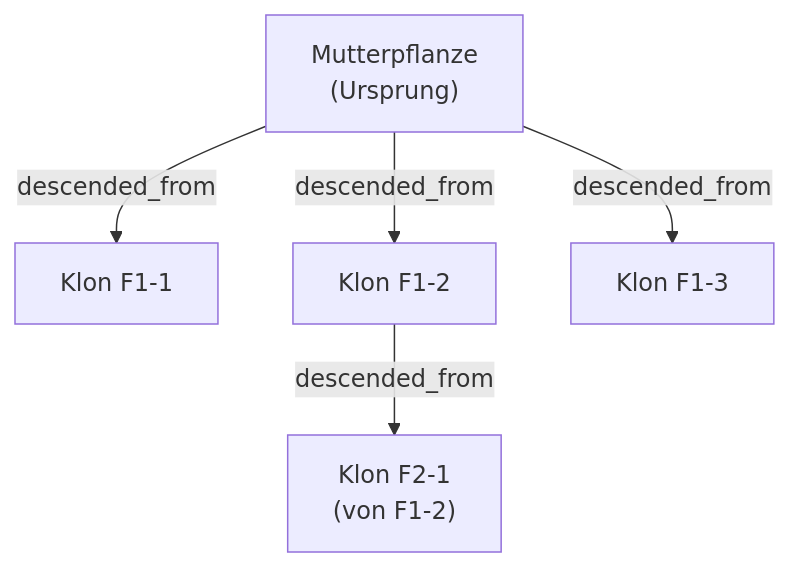
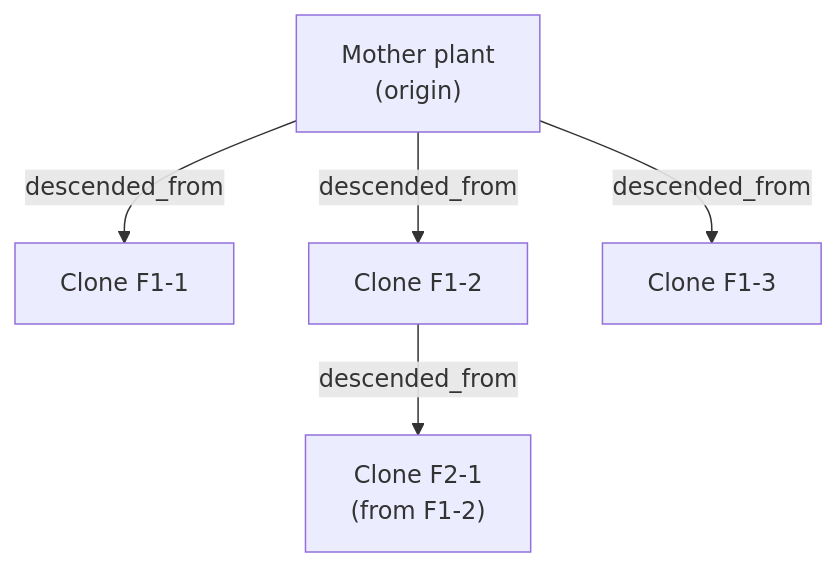
One commit to nolte/kamerplanter changed the second of 2 diagrams in docs/de/user-guide/propagation.md. Above: the diagram before and after it, drawn with Mermaid. The commit also changed other lines of this file and 44 other files, not shown here.

First line of the commit message:
docs: make all Mermaid diagrams spec-compliant (repo-wide sweep)

````diff
--- a/docs/de/user-guide/propagation.md
+++ b/docs/de/user-guide/propagation.md
@@ -131,12 +133,12 @@
 ```mermaid
-graph TB
-    M["Mutterpflanze\n(Ursprung)"]
-    K1["Klon F1-1"]
-    K2["Klon F1-2"]
-    K3["Klon F1-3"]
-    K2_1["Klon F2-1\n(von F1-2)"]
+flowchart TB
+    M["Mother plant<br/>(origin)"]
+    K1["Clone F1-1"]
+    K2["Clone F1-2"]
+    K3["Clone F1-3"]
+    K2_1["Clone F2-1<br/>(from F1-2)"]
     M -->|descended_from| K1
     M -->|descended_from| K2
     M -->|descended_from| K3
     K2 -->|descended_from| K2_1
 ```
````
